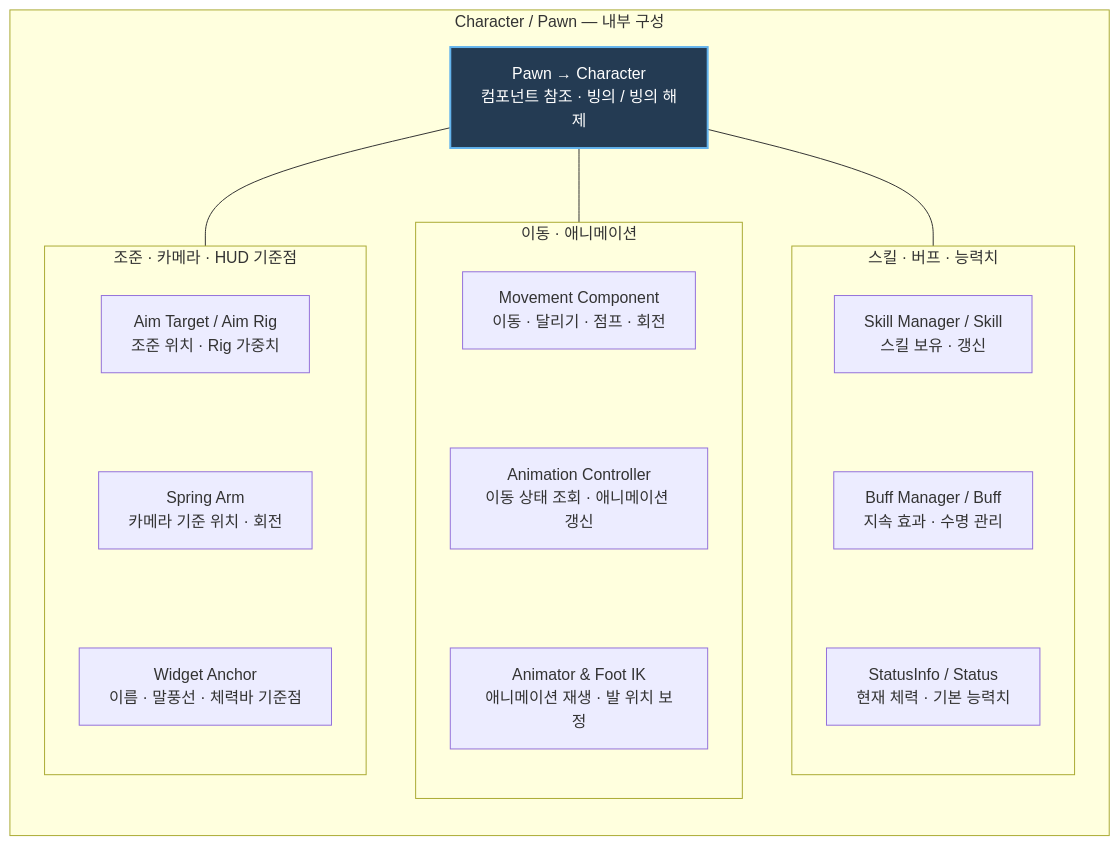
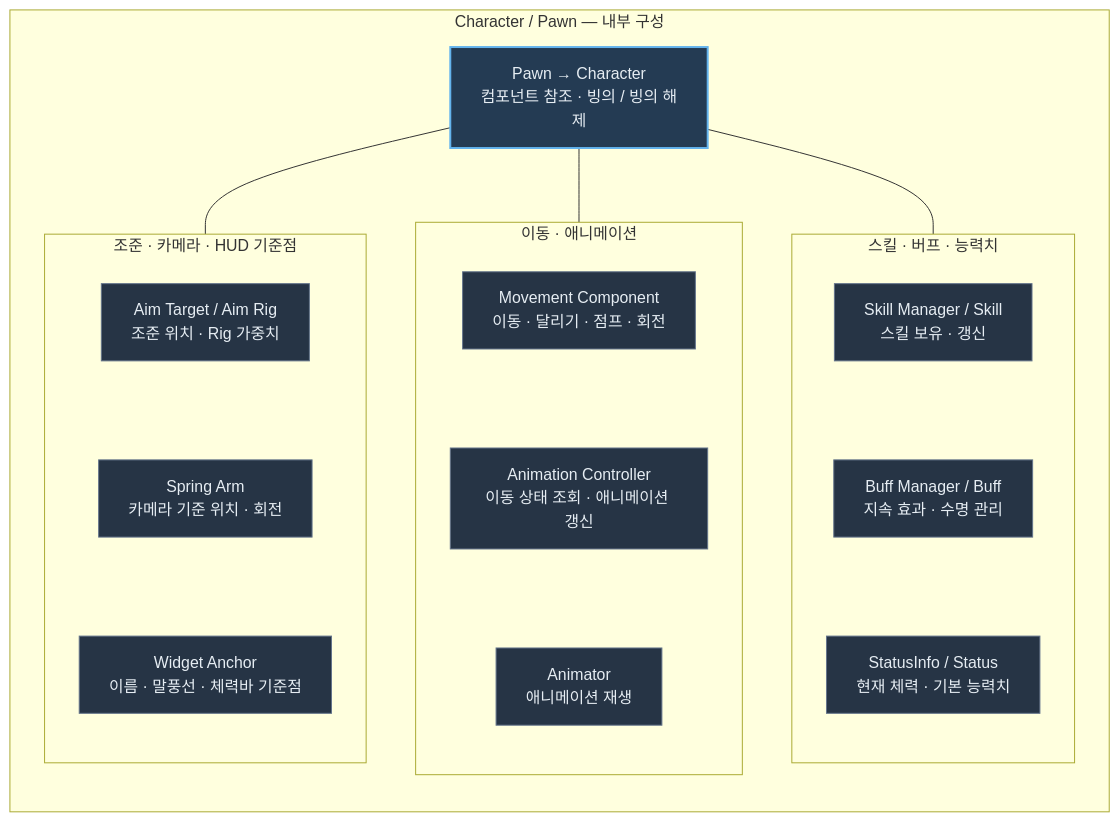
The second of 2 diagrams in README.md (MDJ0126/DJUnityFramework), drawn with Mermaid before and after one commit. The commit also changed other lines of this file, not shown here.

````diff
--- a/README.md
+++ b/README.md
@@ -60,48 +69,58 @@
 ```mermaid
+---
+config:
+  themeCSS: |
+    .node a, .node a:link, .node a:visited, .node a:hover,
+    .node .nodeLabel, .node .nodeLabel *, .node text {
+      color: #e6edf3 !important;
+      fill: #e6edf3 !important;
+      text-decoration: none !important;
+    }
+---
 flowchart TB
     subgraph Character["Character / Pawn — 내부 구성"]
         direction TB
         Core["Pawn → Character<br/>컴포넌트 참조 · 빙의 / 빙의 해제"]
         Core --- Motion
         Core --- Gameplay
         Core --- Targets
 
         subgraph Motion["이동 · 애니메이션"]
             direction TB
             Movement["Movement Component<br/>이동 · 달리기 · 점프 · 회전"]
             Animation["Animation Controller<br/>이동 상태 조회 · 애니메이션 갱신"]
-            FootIK["Animator & Foot IK<br/>애니메이션 재생 · 발 위치 보정"]
-            Movement ~~~ Animation ~~~ FootIK
+            Animator["Animator<br/>애니메이션 재생"]
+            Movement ~~~ Animation ~~~ Animator
         end
 
         subgraph Gameplay["스킬 · 버프 · 능력치"]
             direction TB
             Skills["Skill Manager / Skill<br/>스킬 보유 · 갱신"]
             Buffs["Buff Manager / Buff<br/>지속 효과 · 수명 관리"]
             Status["StatusInfo / Status<br/>현재 체력 · 기본 능력치"]
             Skills ~~~ Buffs ~~~ Status
         end
 
         subgraph Targets["조준 · 카메라 · HUD 기준점"]
             direction TB
             Aim["Aim Target / Aim Rig<br/>조준 위치 · Rig 가중치"]
             SpringArm["Spring Arm<br/>카메라 기준 위치 · 회전"]
             Anchor["Widget Anchor<br/>이름 · 말풍선 · 체력바 기준점"]
             Aim ~~~ SpringArm ~~~ Anchor
         end
     end
 
-    classDef focus fill:#243b53,stroke:#63b3ed,color:#fff,stroke-width:2px
+    classDef default fill:#263445,stroke:#64748b,color:#e6edf3
+    classDef focus fill:#243b53,stroke:#63b3ed,color:#e6edf3,stroke-width:2px
     class Core focus
 
-    click Core href "https://github.com/MDJ0126/DJUnityFramework/blob/main/Assets/Scripts/InGame/Object/Pawn/Pawn.cs" "Pawn.cs" _blank
-    click Movement href "https://github.com/MDJ0126/DJUnityFramework/blob/main/Assets/Scripts/InGame/Object/Pawn/Movement.cs" "Movement.cs" _blank
-    click Animation href "https://github.com/MDJ0126/DJUnityFramework/blob/main/Assets/Scripts/InGame/Object/Pawn/Character/CharacterAnimationController.cs" "CharacterAnimationController.cs" _blank
-    click FootIK href "https://github.com/MDJ0126/DJUnityFramework/blob/main/Assets/Scripts/InGame/Object/Pawn/Character/CharacterAnimationController.FootIK.cs" "CharacterAnimationController.FootIK.cs" _blank
-    click Skills href "https://github.com/MDJ0126/DJUnityFramework/blob/main/Assets/Scripts/InGame/Skill/SkillManager.cs" "SkillManager.cs" _blank
-    click Buffs href "https://github.com/MDJ0126/DJUnityFramework/blob/main/Assets/Scripts/InGame/Buff/BuffManager.cs" "BuffManager.cs" _blank
-    click Status href "https://github.com/MDJ0126/DJUnityFramework/blob/main/Assets/Scripts/InGame/Status/StatusInfo.cs" "StatusInfo.cs" _blank
-    click Aim href "https://github.com/MDJ0126/DJUnityFramework/blob/main/Assets/Scripts/InGame/Object/Pawn/Character/AimTarget.cs" "AimTarget.cs" _blank
-    click SpringArm href "https://github.com/MDJ0126/DJUnityFramework/blob/main/Assets/Scripts/Common/SpringArm.cs" "SpringArm.cs" _blank
-    click Anchor href "https://github.com/MDJ0126/DJUnityFramework/blob/main/Assets/Scripts/UI/HUD/WidgetAnchor.cs" "WidgetAnchor.cs" _blank
+    click Core href "https://github.com/MDJ0126/DJUnityFramework/blob/main/Assets/Scripts/InGame/Object/Pawn/Pawn.cs" "Pawn.cs 열기" _blank
+    click Movement href "https://github.com/MDJ0126/DJUnityFramework/blob/main/Assets/Scripts/InGame/Object/Pawn/Movement.cs" "Movement.cs 열기" _blank
+    click Animation href "https://github.com/MDJ0126/DJUnityFramework/blob/main/Assets/Scripts/InGame/Object/Pawn/Character/CharacterAnimationController.cs" "CharacterAnimationController.cs 열기" _blank
+    click Skills href "https://github.com/MDJ0126/DJUnityFramework/blob/main/Assets/Scripts/InGame/Skill/SkillManager.cs" "SkillManager.cs 열기" _blank
+    click Buffs href "https://github.com/MDJ0126/DJUnityFramework/blob/main/Assets/Scripts/InGame/Buff/BuffManager.cs" "BuffManager.cs 열기" _blank
+    click Status href "https://github.com/MDJ0126/DJUnityFramework/blob/main/Assets/Scripts/InGame/Status/StatusInfo.cs" "StatusInfo.cs 열기" _blank
+    click Aim href "https://github.com/MDJ0126/DJUnityFramework/blob/main/Assets/Scripts/InGame/Object/Pawn/Character/AimTarget.cs" "AimTarget.cs 열기" _blank
+    click SpringArm href "https://github.com/MDJ0126/DJUnityFramework/blob/main/Assets/Scripts/Common/SpringArm.cs" "SpringArm.cs 열기" _blank
+    click Anchor href "https://github.com/MDJ0126/DJUnityFramework/blob/main/Assets/Scripts/UI/HUD/WidgetAnchor.cs" "WidgetAnchor.cs 열기" _blank
 ```
````
